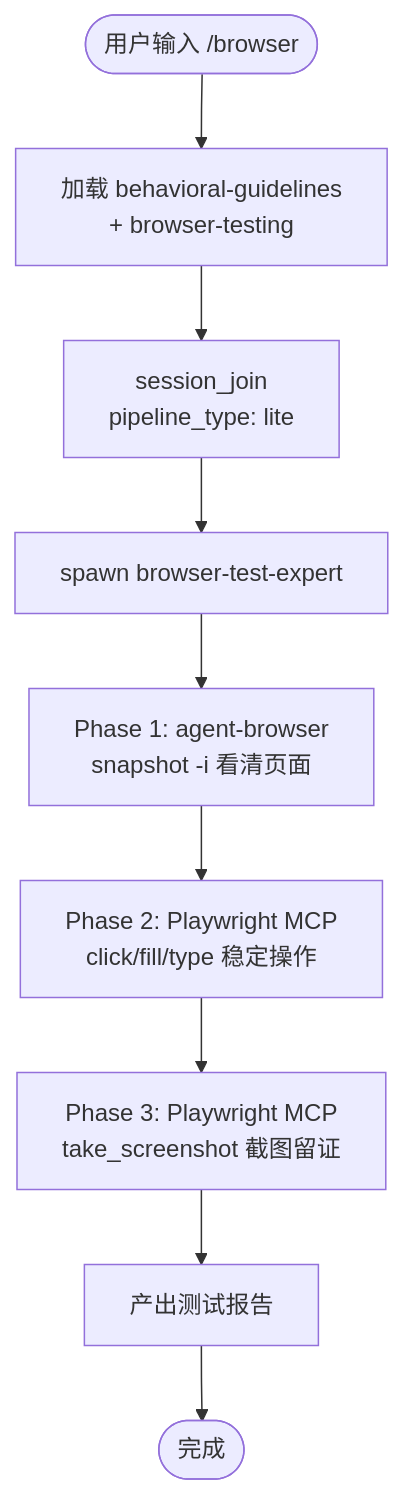
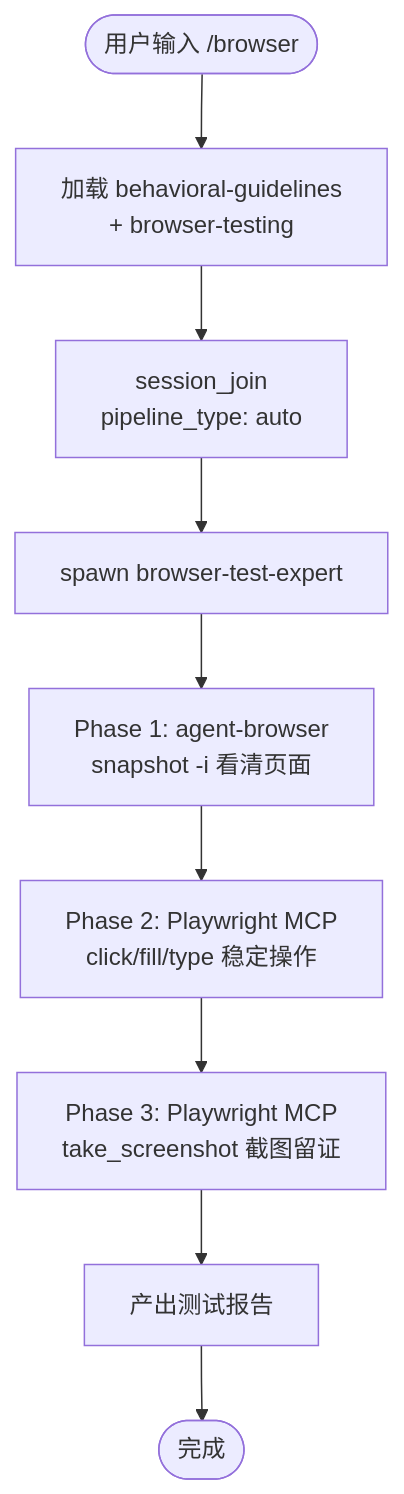
One commit to Wjl1224734792/Jarvis-Agent-Factory changed the diagram in docs/flows/browser.md. Above: the diagram before and after it, drawn with Mermaid. The commit also changed other lines of this file and 99 other files, not shown here.

````diff
--- a/docs/flows/browser.md
+++ b/docs/flows/browser.md
@@ -39,11 +39,11 @@
 ```mermaid
 flowchart TD
     START([用户输入 /browser]) --> LOAD[加载 behavioral-guidelines<br/>+ browser-testing]
-    LOAD --> JOIN[session_join<br/>pipeline_type: lite]
+    LOAD --> JOIN[session_join<br/>pipeline_type: auto]
     JOIN --> SPAWN[spawn browser-test-expert]
     SPAWN --> PHASE1[Phase 1: agent-browser<br/>snapshot -i 看清页面]
     PHASE1 --> PHASE2[Phase 2: Playwright MCP<br/>click/fill/type 稳定操作]
     PHASE2 --> PHASE3[Phase 3: Playwright MCP<br/>take_screenshot 截图留证]
     PHASE3 --> REPORT[产出测试报告]
     REPORT --> DONE([完成])
 ```
````
